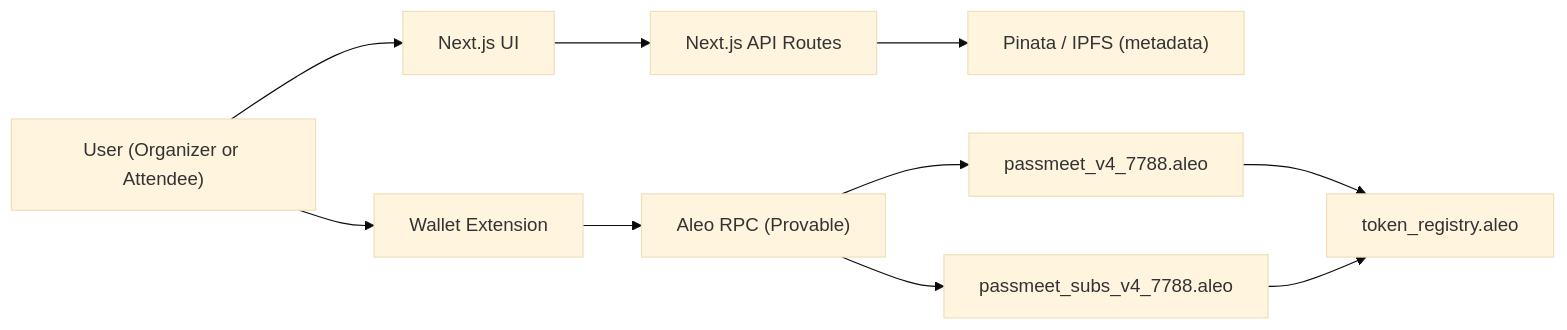
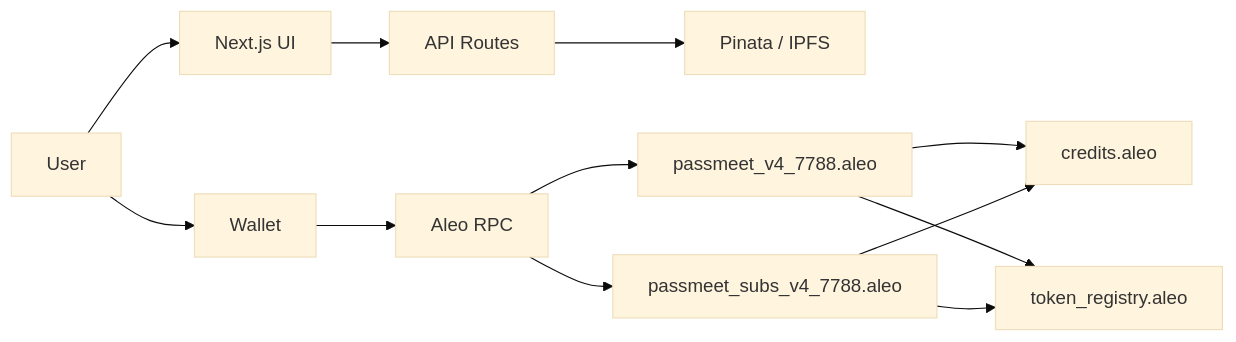
The diagram in README.md (gokudragoo/PassMeet), drawn with Mermaid (base theme) before and after one commit. The commit also changed other lines of this file and 2 other files, not shown here.

````diff
--- a/README.md
+++ b/README.md
@@ -65,12 +100,14 @@
 ```mermaid
 flowchart LR
-  U["User (Organizer or Attendee)"] --> W["Wallet Extension"]
+  U["User"] --> W["Wallet"]
   U --> UI["Next.js UI"]
-  UI --> API["Next.js API Routes"]
-  API --> IPFS["Pinata / IPFS (metadata)"]
-  W --> RPC["Aleo RPC (Provable)"]
+  UI --> API["API Routes"]
+  API --> IPFS["Pinata / IPFS"]
+  W --> RPC["Aleo RPC"]
   RPC --> A1["passmeet_v4_7788.aleo"]
   RPC --> A2["passmeet_subs_v4_7788.aleo"]
+  A1 --> CR["credits.aleo"]
   A1 --> TR["token_registry.aleo"]
+  A2 --> CR
   A2 --> TR
 ```
````
